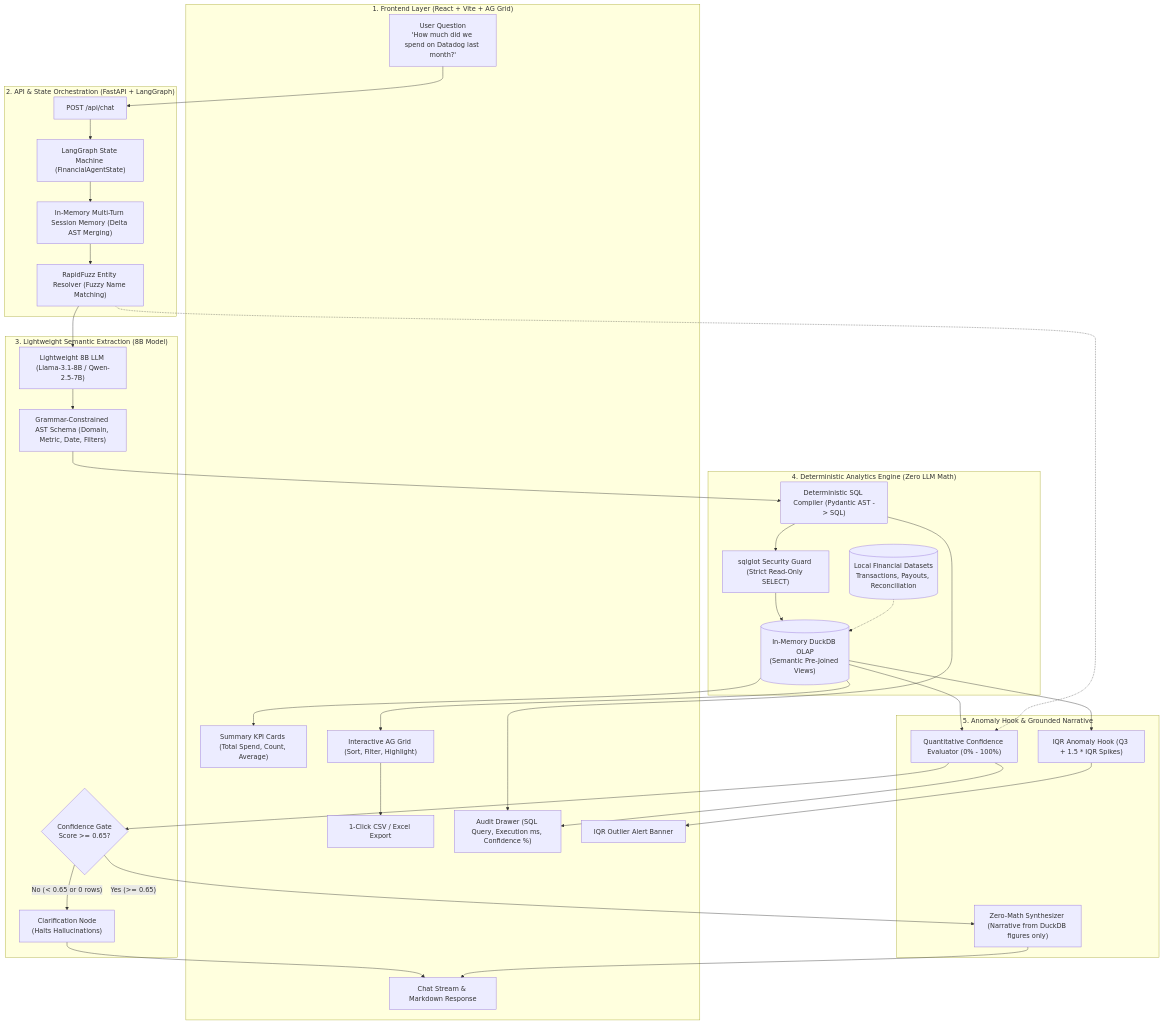
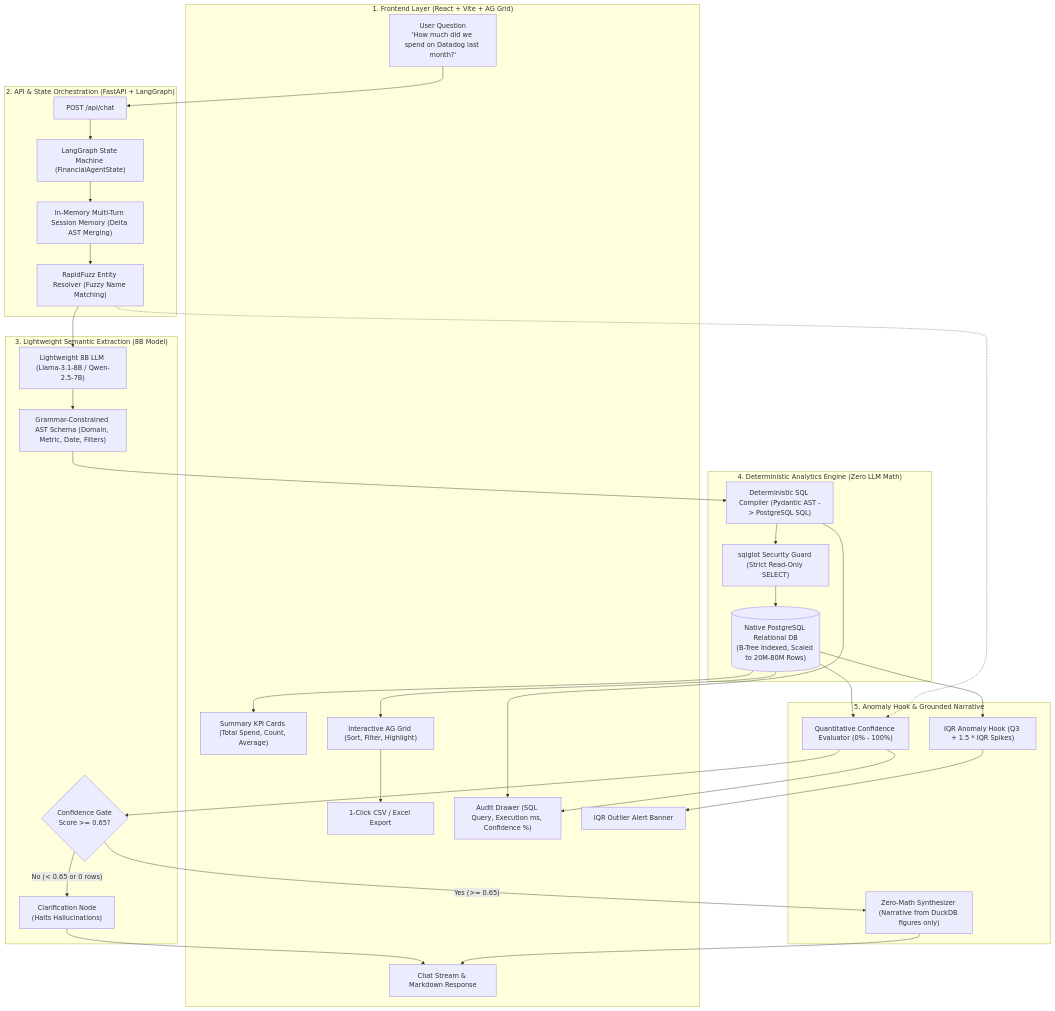
The diagram in README.md (Sumanthbabu-Muthineni/Finops-agent), drawn with Mermaid before and after one commit. The commit also changed other lines of this file and 25 other files, not shown here.

First line of the commit message:
feat: Implement PostgreSQL migration, deterministic encryption, benchmark test suite, and evaluator fallback engine

````diff
--- a/README.md
+++ b/README.md
@@ -11,62 +11,60 @@
 ```mermaid
 flowchart TD
     subgraph Client ["1. Frontend Layer (React + Vite + AG Grid)"]
         User["User Question\n'How much did we spend on Datadog last month?'"]
         ChatFeed["Chat Stream & Markdown Response"]
         KPICards["Summary KPI Cards (Total Spend, Count, Average)"]
         AGGrid["Interactive AG Grid (Sort, Filter, Highlight)"]
         CSVBtn["1-Click CSV / Excel Export"]
         AuditDrawer["Audit Drawer (SQL Query, Execution ms, Confidence %)"]
         AnomalyBanner["IQR Outlier Alert Banner"]
     end
 
     subgraph Gateway ["2. API & State Orchestration (FastAPI + LangGraph)"]
         APIRoute["POST /api/chat"]
         StateGraph["LangGraph State Machine (FinancialAgentState)"]
         SessionStore["In-Memory Multi-Turn Session Memory (Delta AST Merging)"]
         EntityResolver["RapidFuzz Entity Resolver (Fuzzy Name Matching)"]
     end
 
     subgraph Intelligence ["3. Lightweight Semantic Extraction (8B Model)"]
         LightweightLLM["Lightweight 8B LLM (Llama-3.1-8B / Qwen-2.5-7B)"]
         PydanticAST["Grammar-Constrained AST Schema (Domain, Metric, Date, Filters)"]
         ClarificationGate{"Confidence Gate\nScore >= 0.65?"}
         ClarificationNode["Clarification Node\n(Halts Hallucinations)"]
     end
 
     subgraph Execution ["4. Deterministic Analytics Engine (Zero LLM Math)"]
-        Compiler["Deterministic SQL Compiler (Pydantic AST -> SQL)"]
+        Compiler["Deterministic SQL Compiler (Pydantic AST -> PostgreSQL SQL)"]
         SQLGuard["sqlglot Security Guard (Strict Read-Only SELECT)"]
-        DuckDB[("In-Memory DuckDB OLAP\n(Semantic Pre-Joined Views)")]
-        LocalCSVs[("Local Financial Datasets\nTransactions, Payouts, Reconciliation")]
+        Postgres[("Native PostgreSQL Relational DB\n(B-Tree Indexed, Scaled to 20M-80M Rows)")]
     end
 
     subgraph Synthesis ["5. Anomaly Hook & Grounded Narrative"]
         IQRHook["IQR Anomaly Hook (Q3 + 1.5 * IQR Spikes)"]
         ConfidenceFormula["Quantitative Confidence Evaluator (0% - 100%)"]
         ZeroMathSynth["Zero-Math Synthesizer (Narrative from DuckDB figures only)"]
     end
 
     %% Workflow Connections
     User --> APIRoute --> StateGraph
     StateGraph --> SessionStore --> EntityResolver
     EntityResolver --> LightweightLLM --> PydanticAST
-    PydanticAST --> Compiler --> SQLGuard --> DuckDB
-    LocalCSVs -.-> DuckDB
+    PydanticAST --> Compiler --> SQLGuard --> Postgres
     
-    DuckDB --> IQRHook
-    DuckDB --> ConfidenceFormula
+    Postgres --> IQRHook
+    Postgres --> ConfidenceFormula
     EntityResolver -.-> ConfidenceFormula
 
     ConfidenceFormula --> ClarificationGate
     ClarificationGate -- "No (< 0.65 or 0 rows)" --> ClarificationNode --> ChatFeed
     ClarificationGate -- "Yes (>= 0.65)" --> ZeroMathSynth
 
     ZeroMathSynth --> ChatFeed
-    DuckDB --> KPICards
-    DuckDB --> AGGrid
+    Postgres --> KPICards
+    Postgres --> AGGrid
     AGGrid --> CSVBtn
     Compiler --> AuditDrawer
     ConfidenceFormula --> AuditDrawer
     IQRHook --> AnomalyBanner
 ```
````
